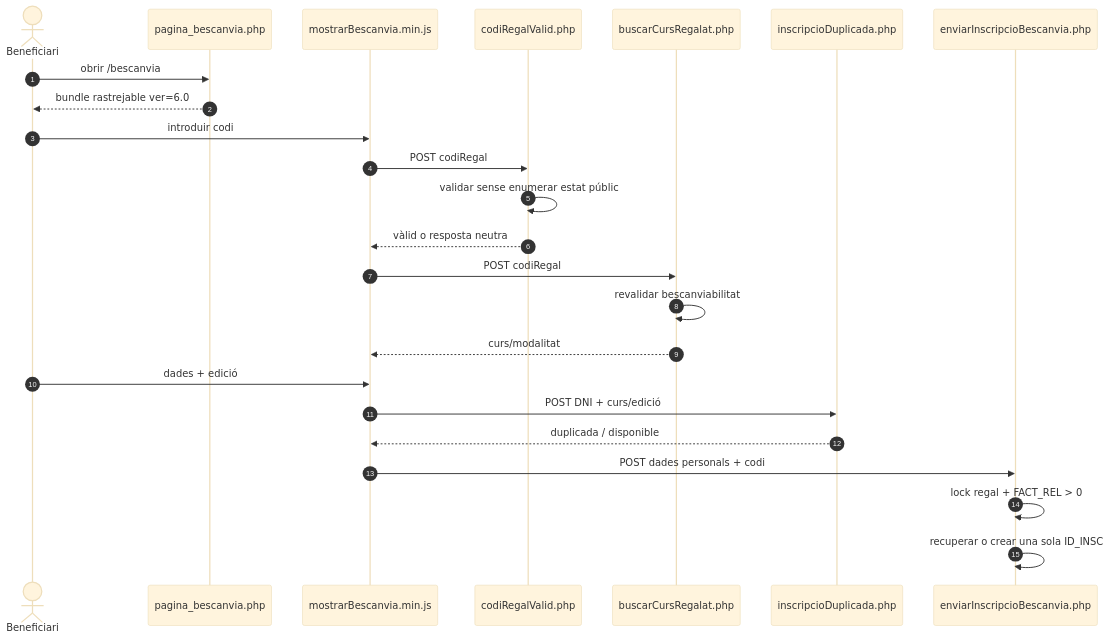
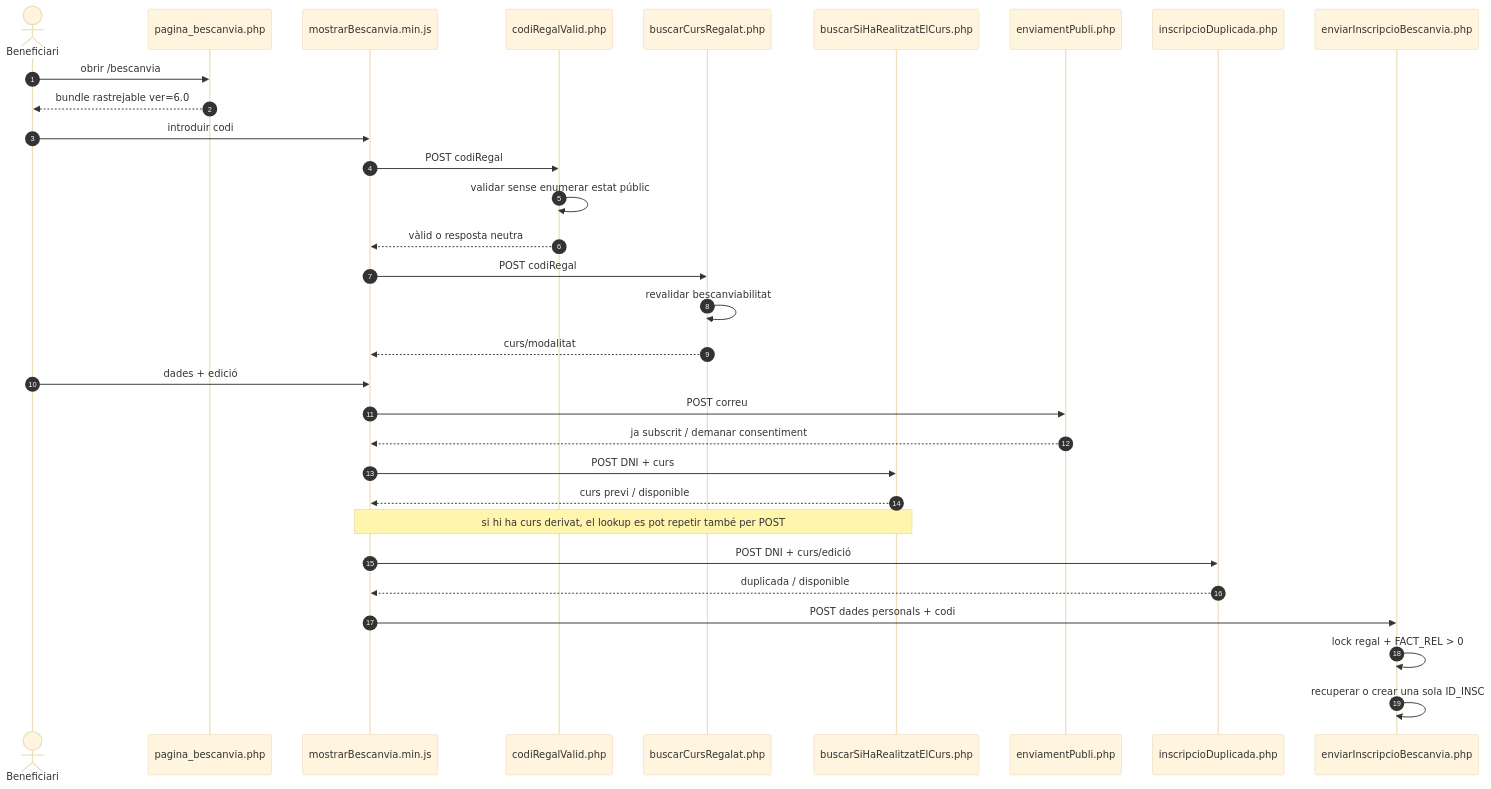
One commit to orgmeriemprismacat-del/verifactu changed the first of 5 diagrams in documentacio/07-uml-integrat/uc-018-sequencies-actual-final.md. Above: the diagram before and after it, drawn with Mermaid (base theme). The commit also changed other lines of this file, not shown here.

Commit message:
docs(UC-018): actualitzar seqüències PII i regals per hores

````diff
--- a/documentacio/07-uml-integrat/uc-018-sequencies-actual-final.md
+++ b/documentacio/07-uml-integrat/uc-018-sequencies-actual-final.md
@@ -9,27 +9,34 @@
 ```mermaid
 sequenceDiagram
 autonumber
 actor B as Beneficiari
 participant P as pagina_bescanvia.php
 participant JS as mostrarBescanvia.min.js
 participant V as codiRegalValid.php
 participant C as buscarCursRegalat.php
+participant H as buscarSiHaRealitzatElCurs.php
+participant M as enviamentPubli.php
 participant D as inscripcioDuplicada.php
 participant W as enviarInscripcioBescanvia.php
 
 B->>P: obrir /bescanvia
 P-->>B: bundle rastrejable ver=6.0
 B->>JS: introduir codi
 JS->>V: POST codiRegal
 V->>V: validar sense enumerar estat públic
 V-->>JS: vàlid o resposta neutra
 JS->>C: POST codiRegal
 C->>C: revalidar bescanviabilitat
 C-->>JS: curs/modalitat
 B->>JS: dades + edició
+JS->>M: POST correu
+M-->>JS: ja subscrit / demanar consentiment
+JS->>H: POST DNI + curs
+H-->>JS: curs previ / disponible
+Note over JS,H: si hi ha curs derivat, el lookup es pot repetir també per POST
 JS->>D: POST DNI + curs/edició
 D-->>JS: duplicada / disponible
 JS->>W: POST dades personals + codi
 W->>W: lock regal + FACT_REL > 0
 W->>W: recuperar o crear una sola ID_INSC
 ```
````
